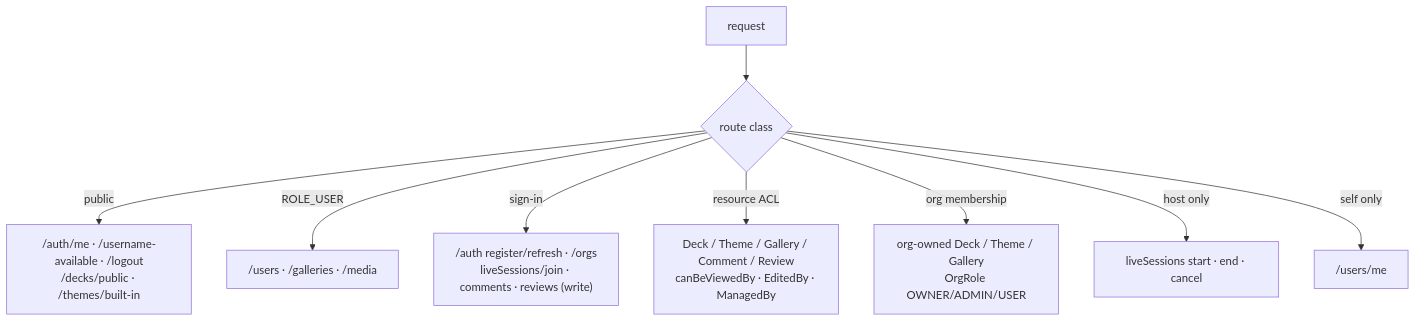
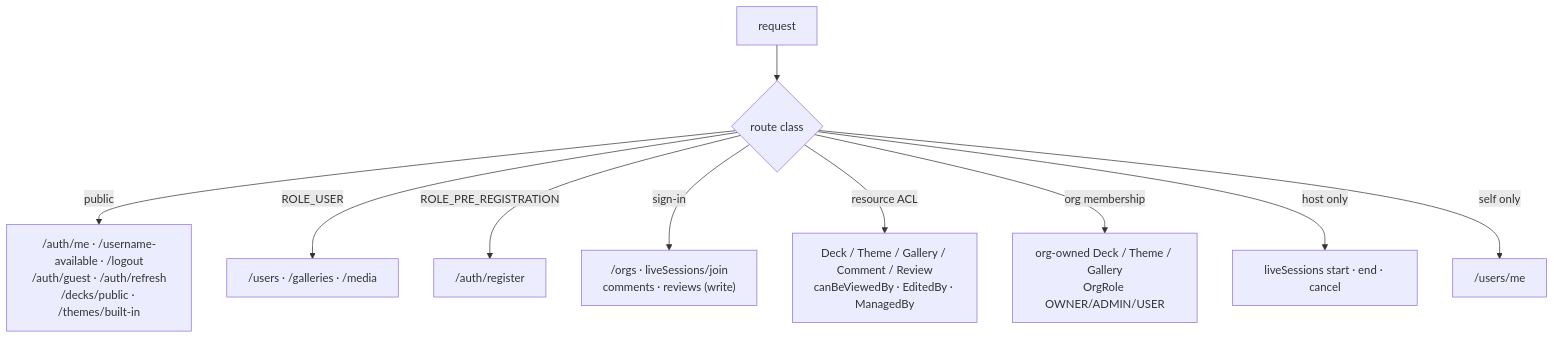
Before and after one commit to Saganaut/ambi: the second of 2 diagrams in z-docs/diagrams/backend-services.md, drawn with Mermaid. The commit also changed other lines of this file and 3 other files, not shown here.

Commit message:
docs(diagrams): correct backend-services, live-session, media-gallery, system-overview

````diff
--- a/z-docs/diagrams/backend-services.md
+++ b/z-docs/diagrams/backend-services.md
@@ -84,11 +95,12 @@
 ```mermaid
 flowchart TB
     REQ["request"] --> KIND{"route class"}
-    KIND -->|public| PUB["/auth/me · /username-available · /logout<br/>/decks/public · /themes/built-in"]
+    KIND -->|public| PUB["/auth/me · /username-available · /logout<br/>/auth/guest · /auth/refresh<br/>/decks/public · /themes/built-in"]
     KIND -->|"ROLE_USER"| RU["/users · /galleries · /media"]
-    KIND -->|"sign-in"| SI["/auth register/refresh · /orgs<br/>liveSessions/join · comments · reviews (write)"]
+    KIND -->|"ROLE_PRE_REGISTRATION"| PREG["/auth/register"]
+    KIND -->|"sign-in"| SI["/orgs · liveSessions/join<br/>comments · reviews (write)"]
     KIND -->|"resource ACL"| ACL["Deck / Theme / Gallery / Comment / Review<br/>canBeViewedBy · EditedBy · ManagedBy"]
     KIND -->|"org membership"| OM["org-owned Deck / Theme / Gallery<br/>OrgRole OWNER/ADMIN/USER"]
     KIND -->|"host only"| HO["liveSessions start · end · cancel"]
     KIND -->|"self only"| SO["/users/me"]
 ```
````
